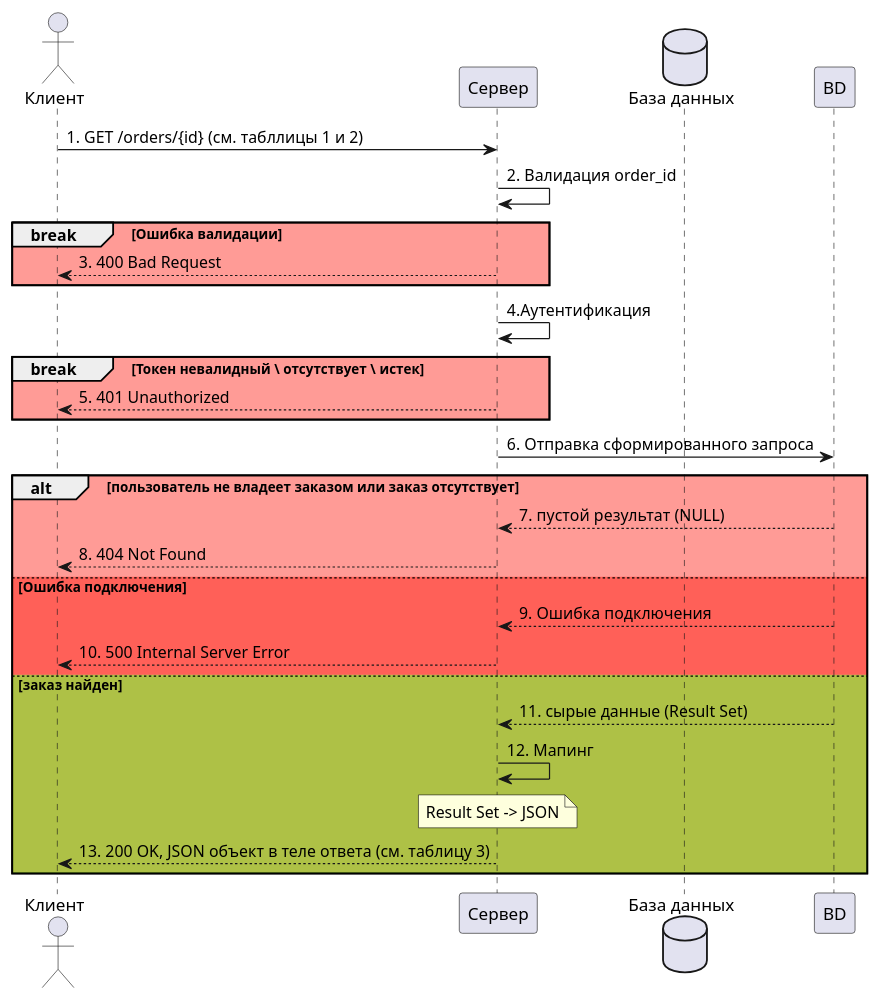
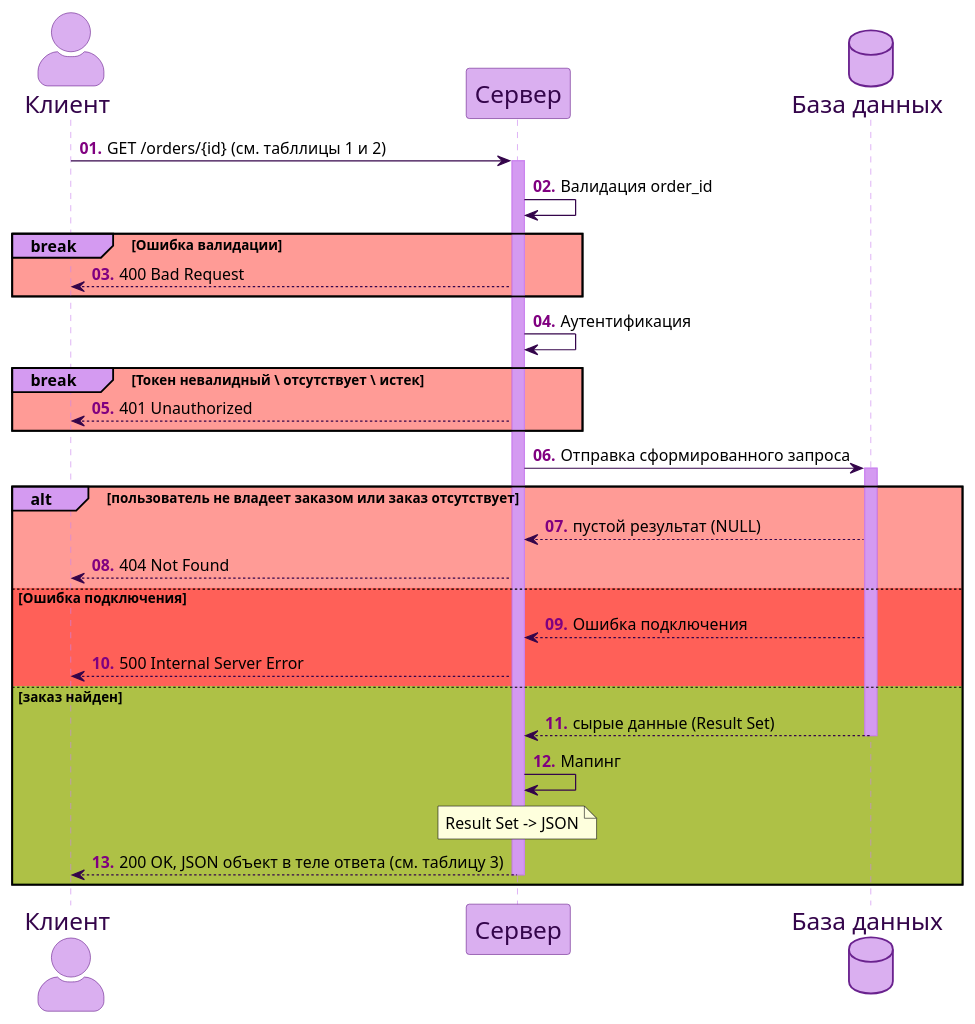
Before and after one commit to NastyaST8896/Sequence-Diagram: the second of 4 diagrams in task-1.md, drawn with PlantUML. The commit also changed other lines of this file and 1 other file, not shown here.

Commit message:
adding a PlantUML diagram to Task 1

````diff
--- a/task-1.md
+++ b/task-1.md
@@ -52,32 +96,60 @@
 ```plantuml
 @startuml
+autonumber "<b><color: purple>00.</color></b>"
+skinparam sequence {
+backgroundColor #9800e4
+ArrowColor #34054b
+LifeLineBorderColor #cb84ef
+LifeLineBackgroundColor #d49af1
+NoteBackgroundColor #360251
+
+ParticipantBorderColor #6a228e
+ParticipantBackgroundColor #daaff0
+ParticipantFontName Aapex
+ParticipantFontSize 20
+ParticipantFontColor #34054b
+
+ActorBorderColor #6a228e
+ActorBackgroundColor #daaff0
+ActorFontName Aapex
+ActorFontSize 20
+ActorFontColor #34054b
+ActorStyle awesome
+}
+skinparam database {
+BorderColor #6a228e
+BackgroundColor #daaff0
+FontName Aapex
+FontSize 20
+FontColor #34054b
+}
 actor C as "Клиент"
 participant S as "Сервер"
 database DB as "База данных"
 
-C->S: 1. GET /orders/{id} (см. табллицы 1 и 2)
-    S->S: 2. Валидация order_id
+C->S ++: GET /orders/{id} (см. табллицы 1 и 2)
+    S->S: Валидация order_id
     
-    break #ff0d0069 Ошибка валидации 
-    S-->C: 3. 400 Bad Request
+    break#d49af1 #ff0d0069 Ошибка валидации 
+    S-->C: 400 Bad Request
     end
-    S->S: 4.Аутентификация
-    break #ff0d0069 Токен невалидный \ отсутствует \ истек
-    S-->C: 5. 401 Unauthorized
+    S->S: Аутентификация
+    break#d49af1 #ff0d0069 Токен невалидный \ отсутствует \ истек
+    S-->C: 401 Unauthorized
     end
-    S->BD: 6. Отправка сформированного запроса
-    alt #ff0d0069 пользователь не владеет заказом или заказ отсутствует
-    BD-->S: 7. пустой результат (NULL)
-    S-->C: 8. 404 Not Found
+    S->DB ++: Отправка сформированного запроса
+    alt#d49af1 #ff0d0069 пользователь не владеет заказом или заказ отсутствует
+    DB-->S: пустой результат (NULL)
+    S-->C: 404 Not Found
     else Ошибка подключения
-    BD-->S:  9. Ошибка подключения
-    S-->C: 10. 500 Internal Server Error
+    DB-->S:  Ошибка подключения
+    S-->C: 500 Internal Server Error
     else #66e30087 заказ найден
-    BD-->S: 11. сырые данные (Result Set)
-     S->S: 12. Мапинг
+    DB-->S --: сырые данные (Result Set)
+     S->S: Мапинг
     Note over S: Result Set -> JSON
     
-    S-->C: 13. 200 OK, JSON объект в теле ответа (см. таблицу 3)
+    S-->C --: 200 OK, JSON объект в теле ответа (см. таблицу 3)
     end
 @enduml
 ```
````
